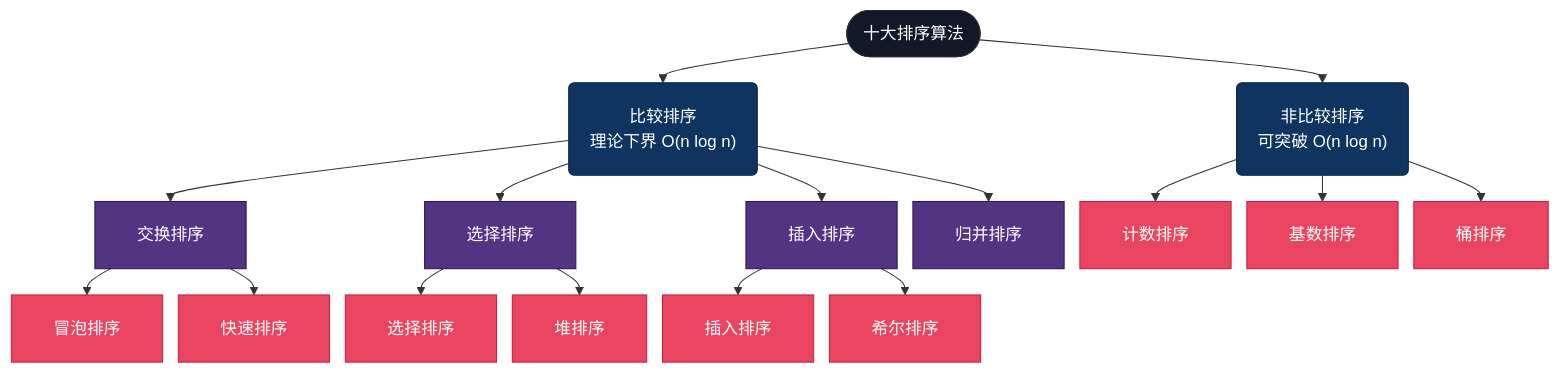
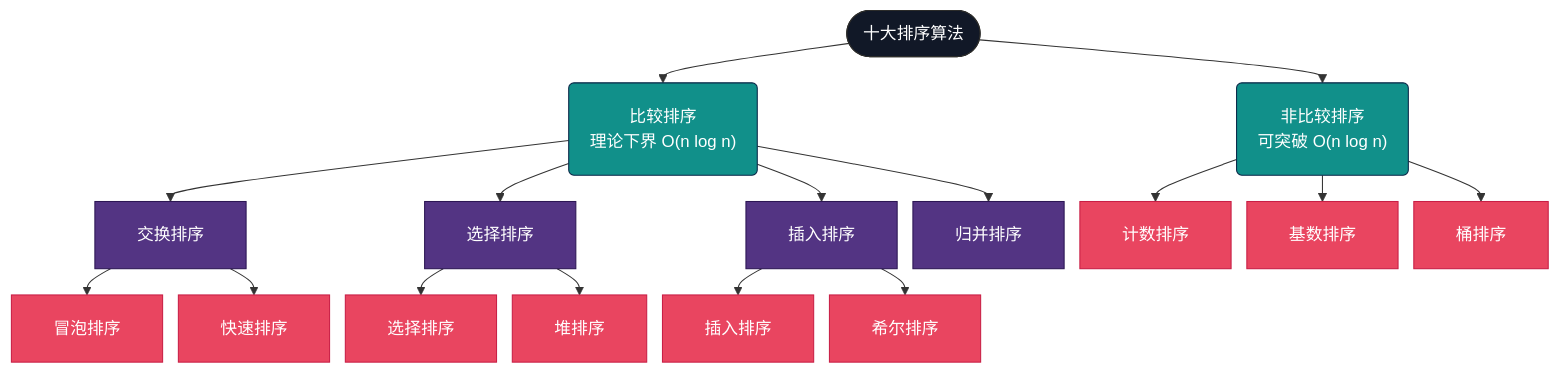
One commit to microwind/algorithms changed the second of 15 diagrams in sorting/AI-Era-Top-10-Sorting-Algorithms.md. Above: the diagram before and after it, drawn with Mermaid. The commit also changed other lines of this file and 2 other files, not shown here.

````diff
--- a/sorting/AI-Era-Top-10-Sorting-Algorithms.md
+++ b/sorting/AI-Era-Top-10-Sorting-Algorithms.md
@@ -72,33 +70,33 @@
 ```mermaid
 %%{init: {'flowchart': {'nodeSpacing': 15, 'rankSpacing': 25, 'padding': 20}}}%%
 graph TD
     ROOT(["十大排序算法"])
     ROOT --> CMP("比较排序\n理论下界 O(n log n)")
     ROOT --> NCMP("非比较排序\n可突破 O(n log n)")
 
     CMP --> SWAP["交换排序"]
     CMP --> SEL["选择排序"]
     CMP --> INS["插入排序"]
     CMP --> MRG["归并排序"]
 
     SWAP --> BUB["冒泡排序"]
     SWAP --> QCK["快速排序"]
     SEL --> SSEL["选择排序"]
     SEL --> HEAP["堆排序"]
     INS --> DINS["插入排序"]
     INS --> SHELL["希尔排序"]
 
     NCMP --> CNT["计数排序"]
     NCMP --> RDX["基数排序"]
     NCMP --> BKT["桶排序"]
 
     classDef root fill:#111827,stroke:#2C2C2A,color:#fff
-    classDef cat fill:#0f3460,color:#fff,stroke:#0a2647
+    classDef cat fill:#11908A,color:#fff,stroke:#0a2647
     classDef sub fill:#533483,color:#fff,stroke:#2c1654
     classDef leaf fill:#e94560,color:#fff,stroke:#c81e45
 
     class ROOT root
     class CMP,NCMP cat
     class SWAP,SEL,INS,MRG sub
     class BUB,QCK,SSEL,HEAP,DINS,SHELL,CNT,RDX,BKT leaf
 ```
````
